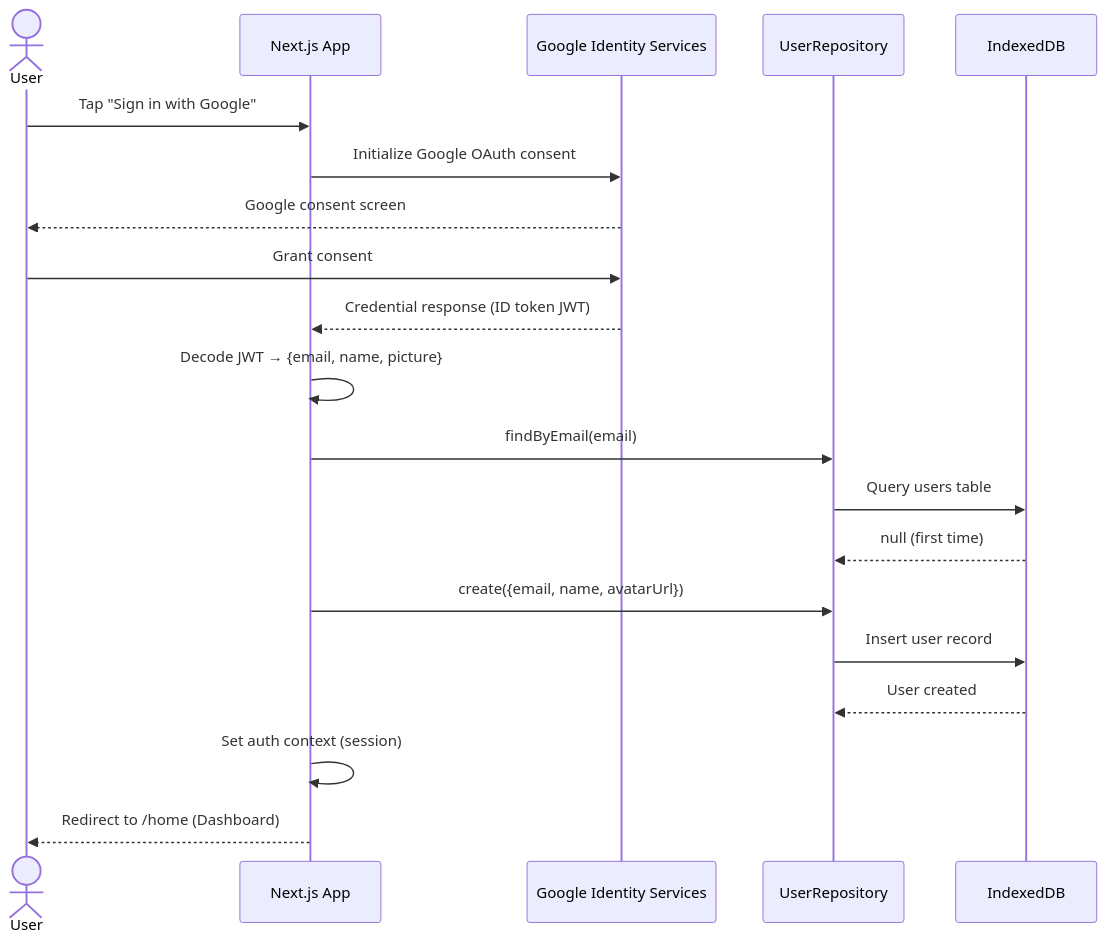
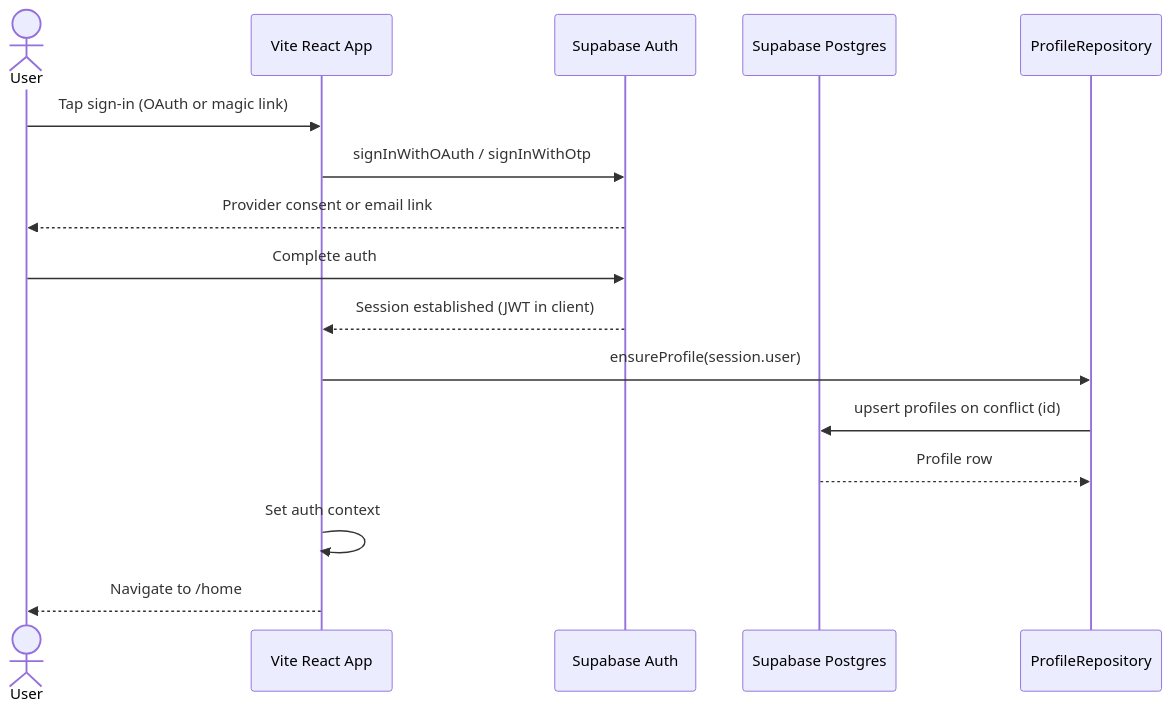
The second of 9 diagrams in agentdocs/design.md (pushpoth/sharesquare), drawn with Mermaid before and after one commit. The commit also changed other lines of this file and 44 other files, not shown here.

First line of the commit message:
feat: migrate from Next.js to Vite SPA (TASK-001)

````diff
--- a/agentdocs/design.md
+++ b/agentdocs/design.md
@@ -61,23 +66,19 @@
 ```mermaid
 sequenceDiagram
-    actor User
-    participant App as Next.js App
-    participant GIS as Google Identity Services
-    participant Repo as UserRepository
-    participant IDB as IndexedDB
+  actor User
+  participant App as Vite React App
+  participant SB as Supabase Auth
+  participant SBDB as Supabase Postgres
+  participant Repo as ProfileRepository
 
-    User->>App: Tap "Sign in with Google"
-    App->>GIS: Initialize Google OAuth consent
-    GIS-->>User: Google consent screen
-    User->>GIS: Grant consent
-    GIS-->>App: Credential response (ID token JWT)
-    App->>App: Decode JWT → {email, name, picture}
-    App->>Repo: findByEmail(email)
-    Repo->>IDB: Query users table
-    IDB-->>Repo: null (first time)
-    App->>Repo: create({email, name, avatarUrl})
-    Repo->>IDB: Insert user record
-    IDB-->>Repo: User created
-    App->>App: Set auth context (session)
-    App-->>User: Redirect to /home (Dashboard)
+  User->>App: Tap sign-in (OAuth or magic link)
+  App->>SB: signInWithOAuth / signInWithOtp
+  SB-->>User: Provider consent or email link
+  User->>SB: Complete auth
+  SB-->>App: Session established (JWT in client)
+  App->>Repo: ensureProfile(session.user)
+  Repo->>SBDB: upsert profiles on conflict (id)
+  SBDB-->>Repo: Profile row
+  App->>App: Set auth context
+  App-->>User: Navigate to /home
 ```
````
